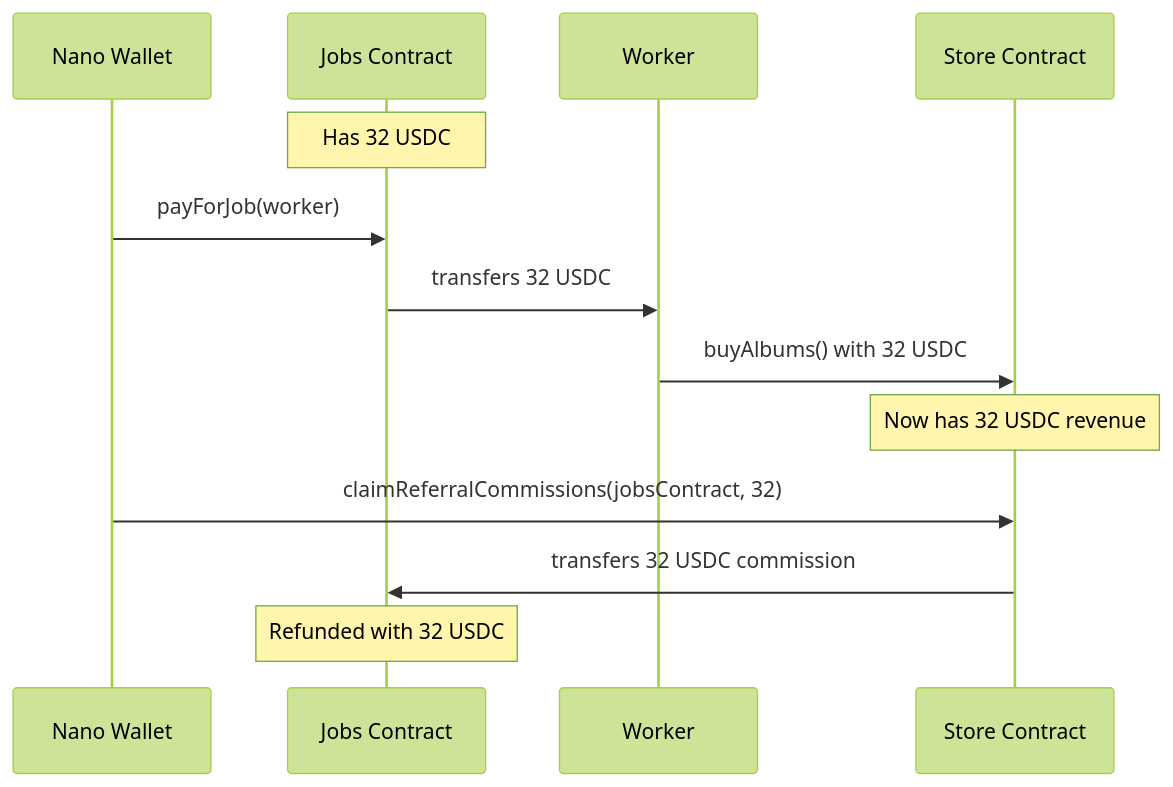
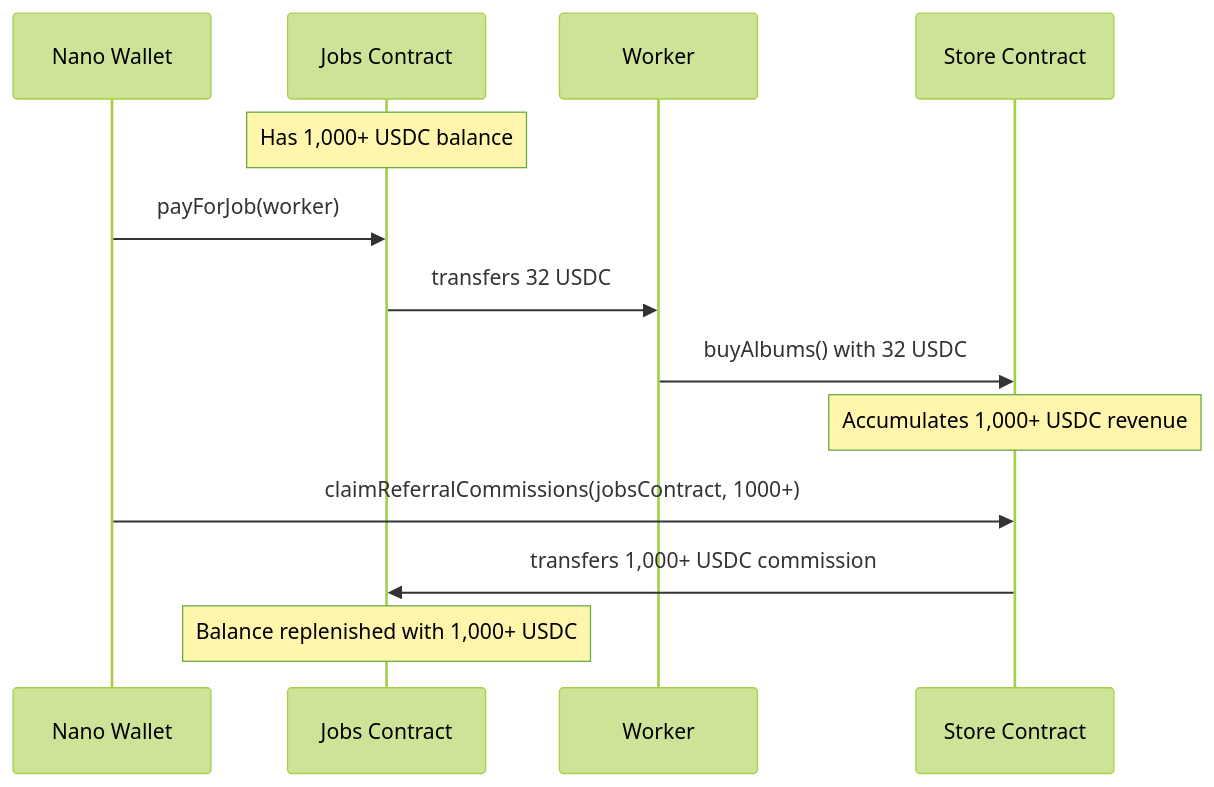
Before and after one commit to rowhq/hitmachine: the second of 2 diagrams in SIMPLE_FLOW.md, drawn with Mermaid (forest theme). The commit also changed other lines of this file, not shown here.

First line of the commit message:
fix: Update diagrams to show Jobs contract maintains 1k+ USDC balance

````diff
--- a/SIMPLE_FLOW.md
+++ b/SIMPLE_FLOW.md
@@ -19,16 +46,16 @@
 ```mermaid
 sequenceDiagram
     participant N as Nano Wallet
     participant J as Jobs Contract
     participant W as Worker
     participant S as Store Contract
     
-    Note over J: Has 32 USDC
+    Note over J: Has 1,000+ USDC balance
     N->>J: payForJob(worker)
     J->>W: transfers 32 USDC
     W->>S: buyAlbums() with 32 USDC
-    Note over S: Now has 32 USDC revenue
-    N->>S: claimReferralCommissions(jobsContract, 32)
-    S->>J: transfers 32 USDC commission
-    Note over J: Refunded with 32 USDC
+    Note over S: Accumulates 1,000+ USDC revenue
+    N->>S: claimReferralCommissions(jobsContract, 1000+)
+    S->>J: transfers 1,000+ USDC commission
+    Note over J: Balance replenished with 1,000+ USDC
 ```
````
